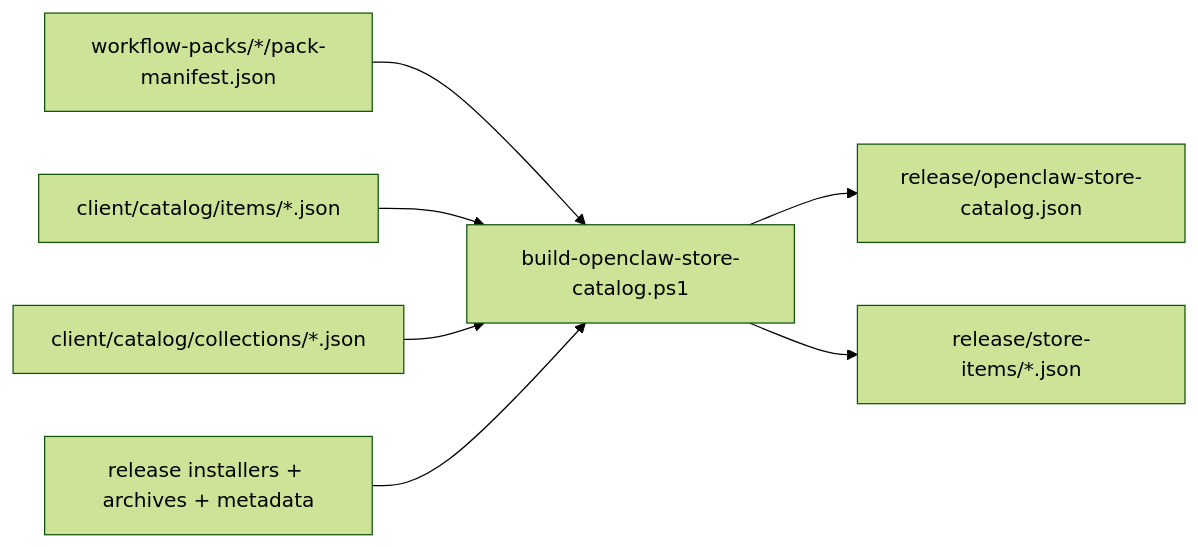
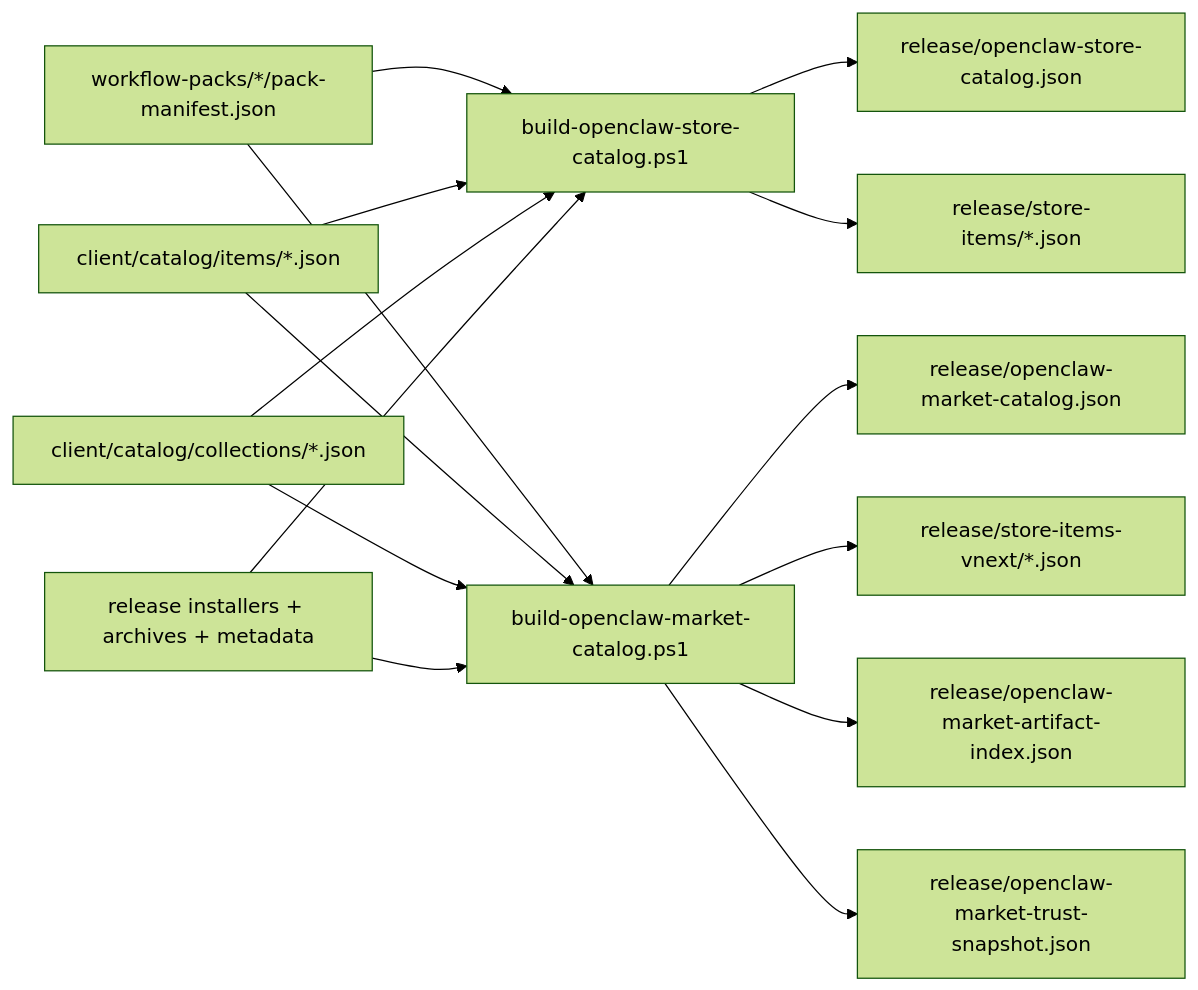
One commit to RZX00/openclaw-windows-installer changed the first of 2 diagrams in client/catalog/README.md. Above: the diagram before and after it, drawn with Mermaid (forest theme). The commit also changed other lines of this file and 9 other files, not shown here.

Commit message:
feat: publish vnext market catalog assets

````diff
--- a/client/catalog/README.md
+++ b/client/catalog/README.md
@@ -26,9 +36,17 @@
 ```mermaid
 flowchart LR
     A["workflow-packs/*/pack-manifest.json"] --> B["build-openclaw-store-catalog.ps1"]
-    C["client/catalog/items/*.json"] --> B
-    D["client/catalog/collections/*.json"] --> B
-    E["release installers + archives + metadata"] --> B
-    B --> F["release/openclaw-store-catalog.json"]
-    B --> G["release/store-items/*.json"]
+    A --> C["build-openclaw-market-catalog.ps1"]
+    D["client/catalog/items/*.json"] --> B
+    D --> C
+    E["client/catalog/collections/*.json"] --> B
+    E --> C
+    F["release installers + archives + metadata"] --> B
+    F --> C
+    B --> G["release/openclaw-store-catalog.json"]
+    B --> H["release/store-items/*.json"]
+    C --> I["release/openclaw-market-catalog.json"]
+    C --> J["release/store-items-vnext/*.json"]
+    C --> K["release/openclaw-market-artifact-index.json"]
+    C --> L["release/openclaw-market-trust-snapshot.json"]
 ```
````
